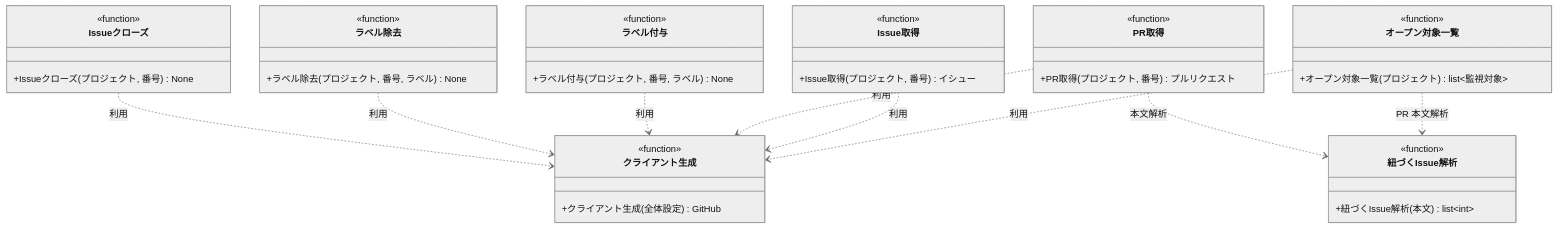
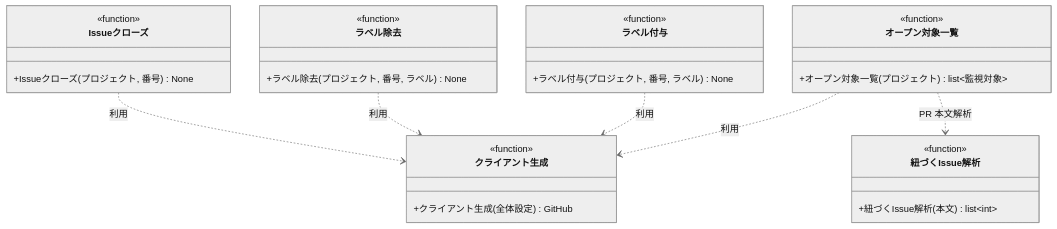
One commit to shuhei1101/ai-monitor changed the diagram in docs/wiki/設計図/モジュール構成/モニター/GitHub連携.md. Above: the diagram before and after it, drawn with Mermaid (neutral theme). The commit also changed other lines of this file and 100 other files, not shown here.

````diff
--- a/docs/wiki/設計図/モジュール構成/モニター/GitHub連携.md
+++ b/docs/wiki/設計図/モジュール構成/モニター/GitHub連携.md
@@ -32,53 +29,40 @@
 ```mermaid
 classDiagram
   オープン対象一覧 ..> クライアント生成 : 利用
   オープン対象一覧 ..> 紐づくIssue解析 : PR 本文解析
-  Issue取得 ..> クライアント生成 : 利用
-  PR取得 ..> クライアント生成 : 利用
-  PR取得 ..> 紐づくIssue解析 : 本文解析
   ラベル付与 ..> クライアント生成 : 利用
   ラベル除去 ..> クライアント生成 : 利用
   Issueクローズ ..> クライアント生成 : 利用
 
   class クライアント生成 {
     <<function>>
     +クライアント生成(全体設定) GitHub
   }
   class オープン対象一覧 {
     <<function>>
     +オープン対象一覧(プロジェクト) list~監視対象~
-  }
-  class Issue取得 {
-    <<function>>
-    +Issue取得(プロジェクト, 番号) イシュー
-  }
-  class PR取得 {
-    <<function>>
-    +PR取得(プロジェクト, 番号) プルリクエスト
   }
   class 紐づくIssue解析 {
     <<function>>
     +紐づくIssue解析(本文) list~int~
   }
   class ラベル付与 {
     <<function>>
     +ラベル付与(プロジェクト, 番号, ラベル) None
   }
   class ラベル除去 {
     <<function>>
     +ラベル除去(プロジェクト, 番号, ラベル) None
   }
   class Issueクローズ {
     <<function>>
     +Issueクローズ(プロジェクト, 番号) None
   }
 
   click クライアント生成 href "#クライアント生成"
   click オープン対象一覧 href "#オープン対象一覧"
-  click Issue取得 href "#issue-取得"
-  click PR取得 href "#pr-取得"
   click 紐づくIssue解析 href "#紐づく-issue-解析"
   click ラベル付与 href "#ラベル付与"
   click ラベル除去 href "#ラベル除去"
   click Issueクローズ href "#issue-クローズ"
 ```
````
